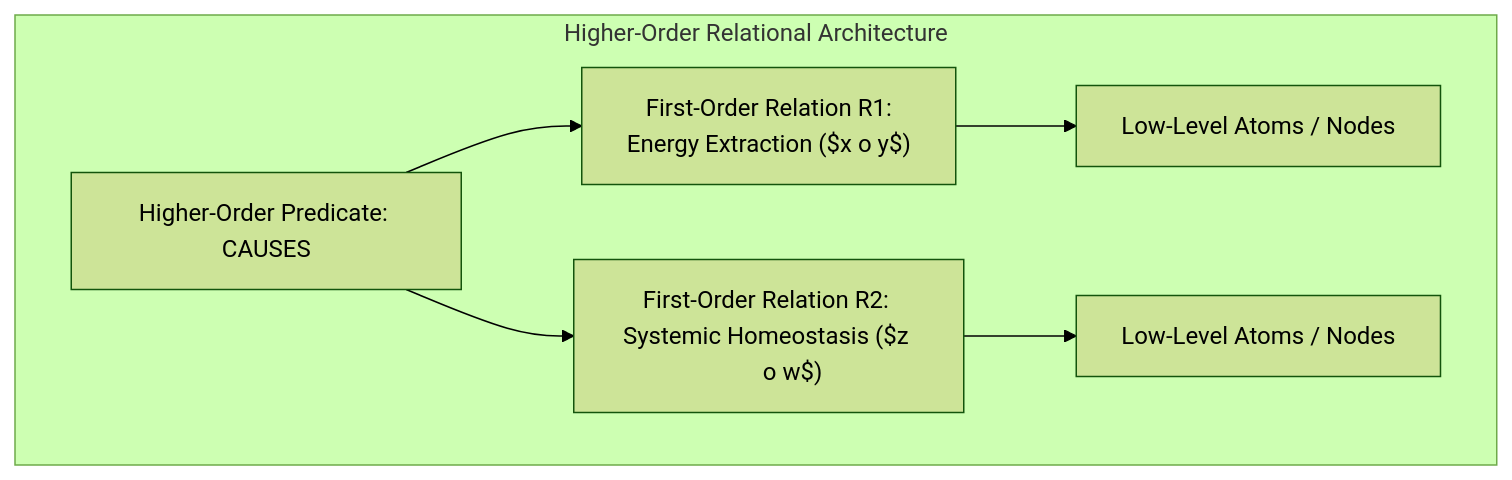
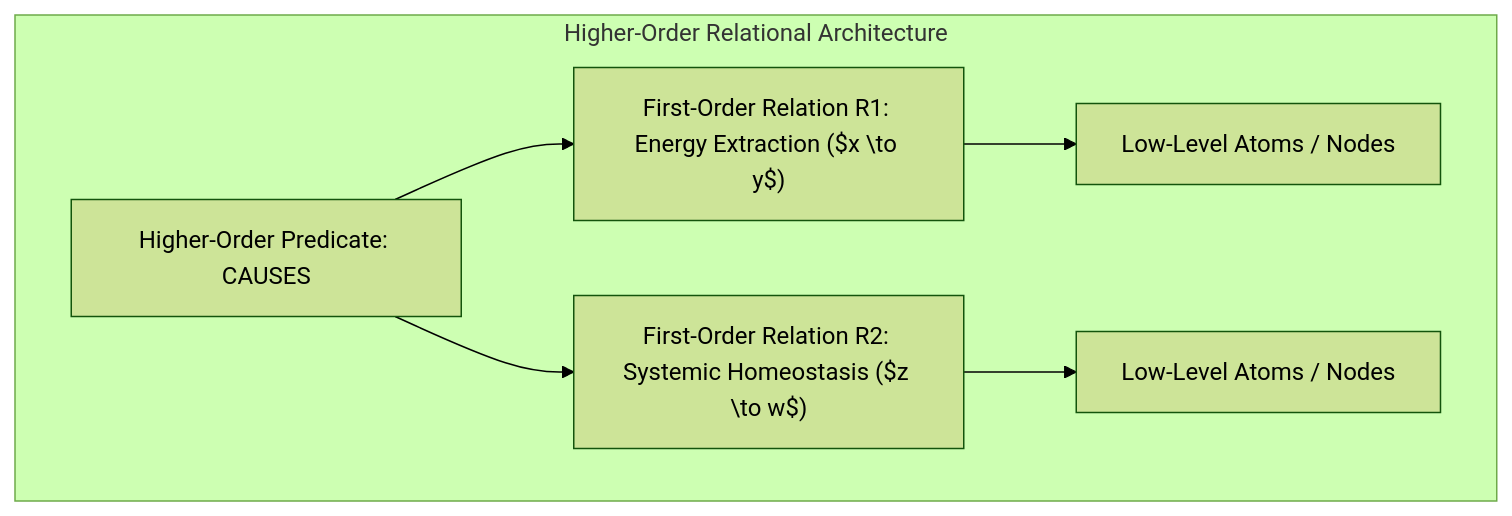
Before and after one commit to kecfai7/we-are-as-gods: the eighth of 19 diagrams in session2_EN.md, drawn with Mermaid (forest theme). The commit also changed other lines of this file and 8 other files, not shown here.

````diff
--- a/session2_EN.md
+++ b/session2_EN.md
@@ -540,10 +533,10 @@
 ```mermaid
 graph TD
     subgraph Higher-Order Relational Architecture
         H1["Higher-Order Predicate: CAUSES"]
-        H1 --> R1["First-Order Relation R1: <br/>Energy Extraction ($x 	o y$)"]
-        H1 --> R2["First-Order Relation R2: <br/>Systemic Homeostasis ($z 	o w$)"]
+        H1 --> R1["First-Order Relation R1: <br/>Energy Extraction ($x \to y$)"]
+        H1 --> R2["First-Order Relation R2: <br/>Systemic Homeostasis ($z \to w$)"]
         R1 --> Obj1["Low-Level Atoms / Nodes"]
         R2 --> Obj2["Low-Level Atoms / Nodes"]
     end
 ```
````
